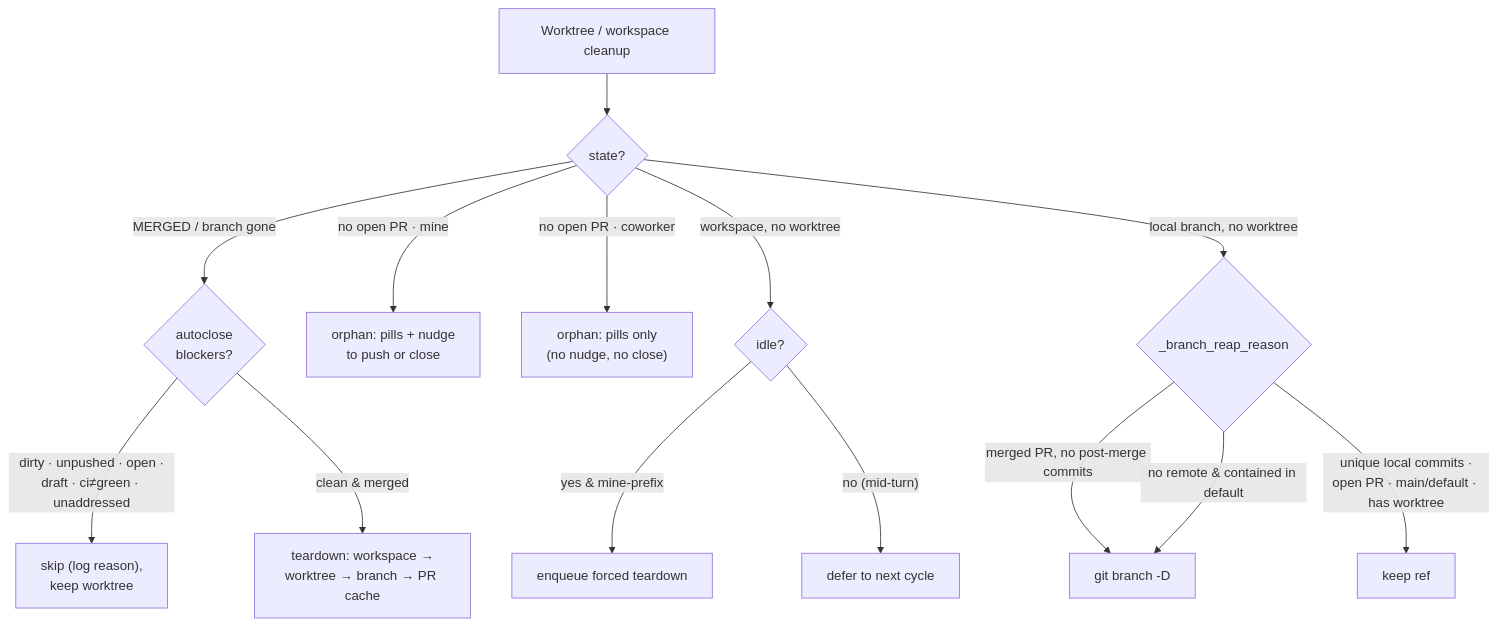
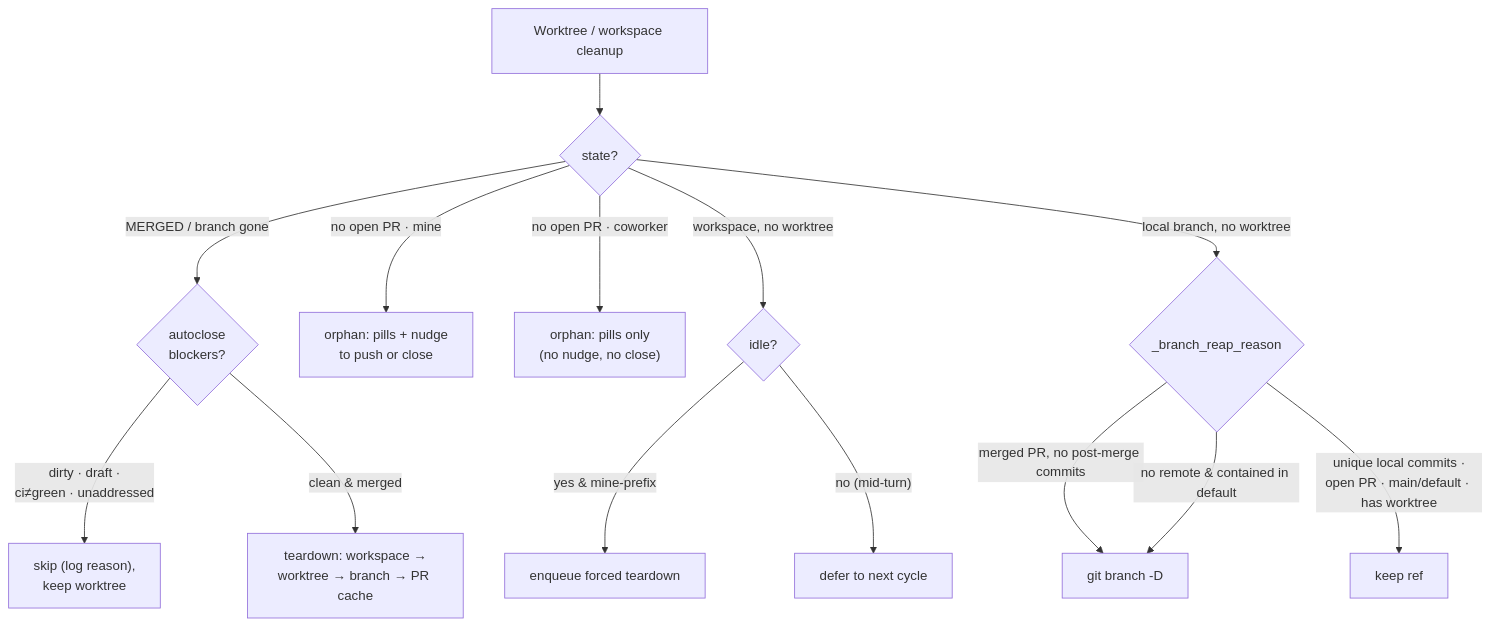
Before and after one commit to khivi/cockpit: the third of 5 diagrams in docs/state-machine.md, drawn with Mermaid. The commit also changed other lines of this file and 3 other files, not shown here.

````diff
--- a/docs/state-machine.md
+++ b/docs/state-machine.md
@@ -104,21 +104,21 @@
 ```mermaid
 flowchart TD
   C["Worktree / workspace cleanup"] --> K{"state?"}
 
   K -->|"MERGED / branch gone"| AC{"autoclose<br/>blockers?"}
-  AC -->|"dirty · unpushed · open ·<br/>draft · ci≠green · unaddressed"| SK["skip (log reason),<br/>keep worktree"]
+  AC -->|"dirty · draft ·<br/>ci≠green · unaddressed"| SK["skip (log reason),<br/>keep worktree"]
   AC -->|"clean & merged"| TD["teardown: workspace →<br/>worktree → branch → PR cache"]
 
   K -->|"no open PR · mine"| OR["orphan: pills + nudge<br/>to push or close"]
 
   K -->|"no open PR · coworker"| OC["orphan: pills only<br/>(no nudge, no close)"]
 
   K -->|"workspace, no worktree"| RP{"idle?"}
   RP -->|"yes & mine-prefix"| EN["enqueue forced teardown"]
   RP -->|"no (mid-turn)"| DF["defer to next cycle"]
 
   K -->|"local branch, no worktree"| BR{"_branch_reap_reason"}
   BR -->|"merged PR, no post-merge commits"| BD["git branch -D"]
   BR -->|"no remote & contained in default"| BD
   BR -->|"unique local commits ·<br/>open PR · main/default · has worktree"| BK["keep ref"]
 ```
````
